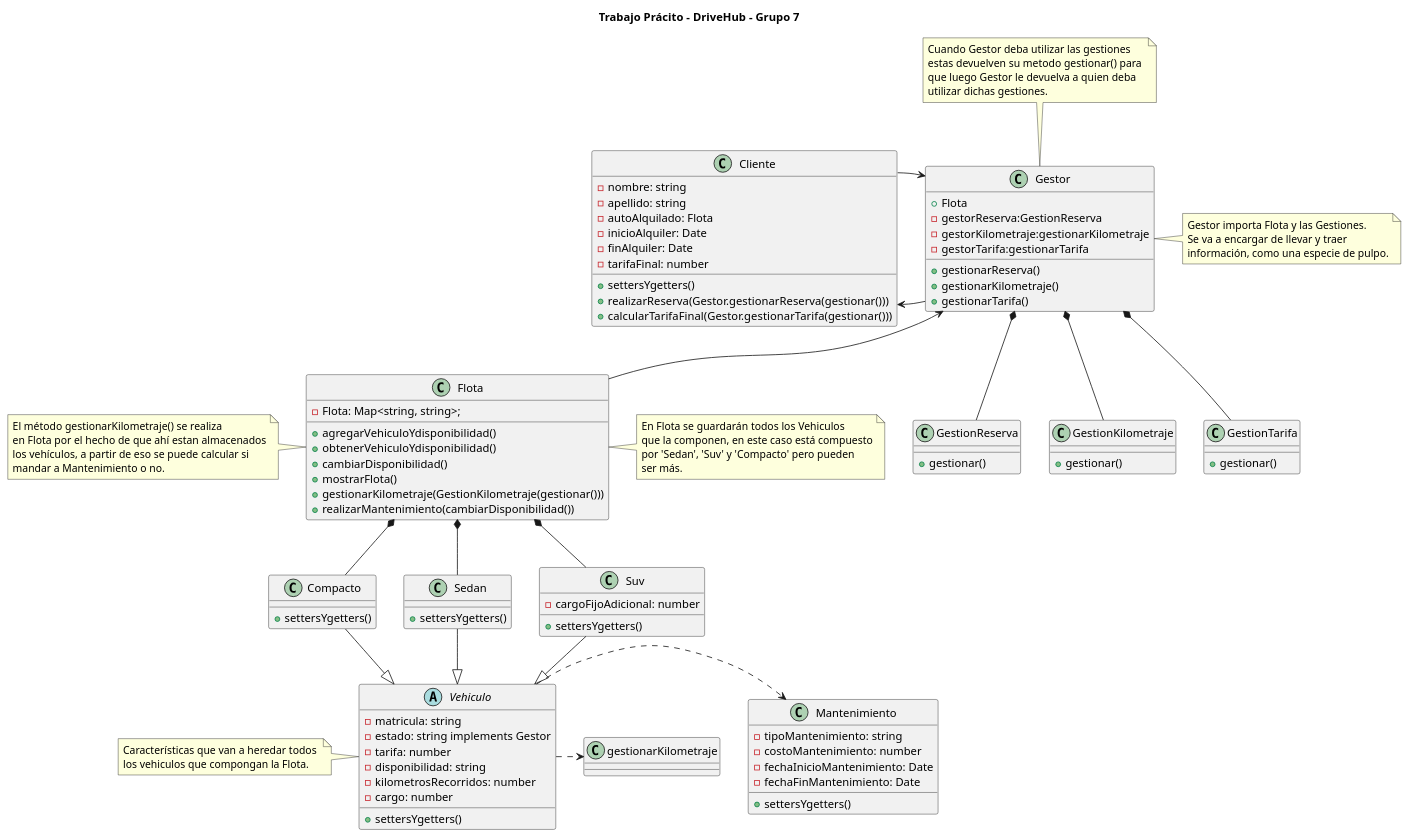
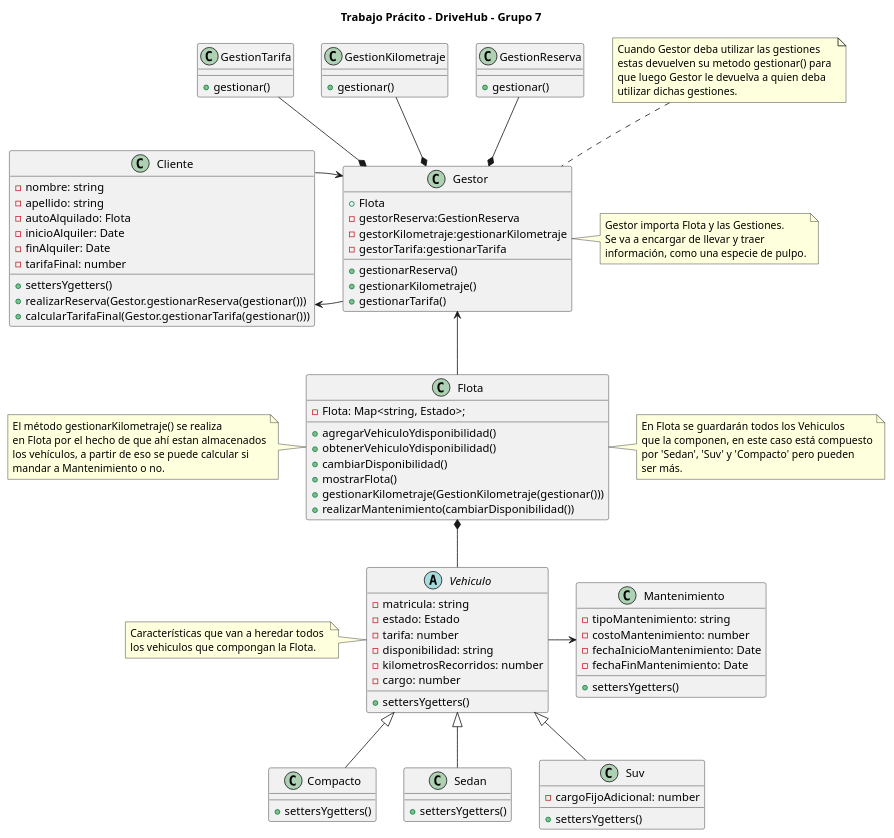
Before and after one commit to antonellaBelenVidela/Programacion2Grupo7: the diagram in diagramaUML/diagramaFlotaVehiculos.puml, drawn with PlantUML. The commit also changed 1 other file, not shown here.

Commit message:
Ajustes y Modificaciones al UML para mayor legibilidad

```diff
--- a/diagramaUML/diagramaFlotaVehiculos.puml
+++ b/diagramaUML/diagramaFlotaVehiculos.puml
@@ -1,158 +1,155 @@
 @startuml DriveHub
 
 title "Trabajo Prácito - DriveHub - Grupo 7"
 
 'Clases'
 
 class Cliente{
     - nombre: string
     - apellido: string
     - autoAlquilado: Flota
     - inicioAlquiler: Date
     - finAlquiler: Date
     - tarifaFinal: number
     + settersYgetters()
     + realizarReserva(Gestor.gestionarReserva(gestionar()))
     + calcularTarifaFinal(Gestor.gestionarTarifa(gestionar()))
 }
 
 class Gestor{
     + Flota
     -gestorReserva:GestionReserva
     -gestorKilometraje:gestionarKilometraje
     -gestorTarifa:gestionarTarifa
     + gestionarReserva()
     + gestionarKilometraje()
     + gestionarTarifa()
 }
 
 class Flota{
     'La key es la categoría(Suv, Sedan, Compacto)
     'El valor es su disponibilidad(Está disponible o no para el Cliente)'
-    - Flota: Map<string, string>;
+    - Flota: Map<string, Estado>;
     + agregarVehiculoYdisponibilidad()
     + obtenerVehiculoYdisponibilidad()
     + cambiarDisponibilidad()
     + mostrarFlota()
     + gestionarKilometraje(GestionKilometraje(gestionar()))
     + realizarMantenimiento(cambiarDisponibilidad())
 }
 
 abstract class Vehiculo{
     - matricula: string
-    - estado: string implements Gestor
+    - estado: Estado
     - tarifa: number
     - disponibilidad: string
     - kilometrosRecorridos: number
     - cargo: number
  
     + settersYgetters()
 }
 
 class Compacto{
     + settersYgetters()
 }
 
 class Sedan{
     + settersYgetters()
 }
 
 class Suv{
     - cargoFijoAdicional: number
     + settersYgetters()
 }
 
 class Mantenimiento{
     - tipoMantenimiento: string
     - costoMantenimiento: number
     - fechaInicioMantenimiento: Date
     - fechaFinMantenimiento: Date
 
     + settersYgetters()
 }
 
 class GestionReserva{
     + gestionar()
 }
 
  class GestionKilometraje{
     + gestionar()
 }
 
  class GestionTarifa{
     + gestionar()
 }
 
 'Interfaces'
 
 
 
 'Preguntas:
 
 'Flota Pulpo derivador de Tareas' NO
 'Interfaz Gestor de tarifas' Quizas
 'Biblioteca Moment JS para calculos de fecha' Con Date se puede
 
 
 'Relaciones Flota'
-Flota *-- Sedan
-Flota *-- Suv
-Flota *-- Compacto
+Flota *-d- Vehiculo
 
 'Relaciones Herencia'
-Sedan --|> Vehiculo
-Suv --|> Vehiculo
-Compacto --|> Vehiculo
+Sedan -u-|> Vehiculo
+Suv -u-|> Vehiculo
+Compacto -u-|> Vehiculo
 
 'Relacion de Implementacion
 
 'Relaciones con Gestor'
 Gestor --l-> Cliente
 Cliente --r-> Gestor
 
-Gestor *-- GestionReserva
+Gestor *-u- GestionReserva
 
-Gestor *-- GestionKilometraje
+Gestor *-u- GestionKilometraje
 
-Gestor *--GestionTarifa
+Gestor *-u-GestionTarifa
 
 Flota -u-> Gestor
 
 'Relaciones de Dependencia'
-Vehiculo .r.> Mantenimiento
-Vehiculo .r.> gestionarKilometraje
+Vehiculo -r-> Mantenimiento
 
 'Notas'
 note right of Gestor 
     Gestor importa Flota y las Gestiones. 
     Se va a encargar de llevar y traer 
     información, como una especie de pulpo.
 end note
 
 note top of Gestor
     Cuando Gestor deba utilizar las gestiones
     estas devuelven su metodo gestionar() para 
     que luego Gestor le devuelva a quien deba
     utilizar dichas gestiones.
 end note
 
 note right of Flota
     En Flota se guardarán todos los Vehiculos
     que la componen, en este caso está compuesto
     por 'Sedan', 'Suv' y 'Compacto' pero pueden
     ser más.
 end note
 
 note left of Vehiculo
     Características que van a heredar todos 
     los vehiculos que compongan la Flota.
 end note
 
 note left of Flota
     El método gestionarKilometraje() se realiza
     en Flota por el hecho de que ahí estan almacenados
     los vehículos, a partir de eso se puede calcular si
     mandar a Mantenimiento o no.
 end note
 
 @enduml
```
